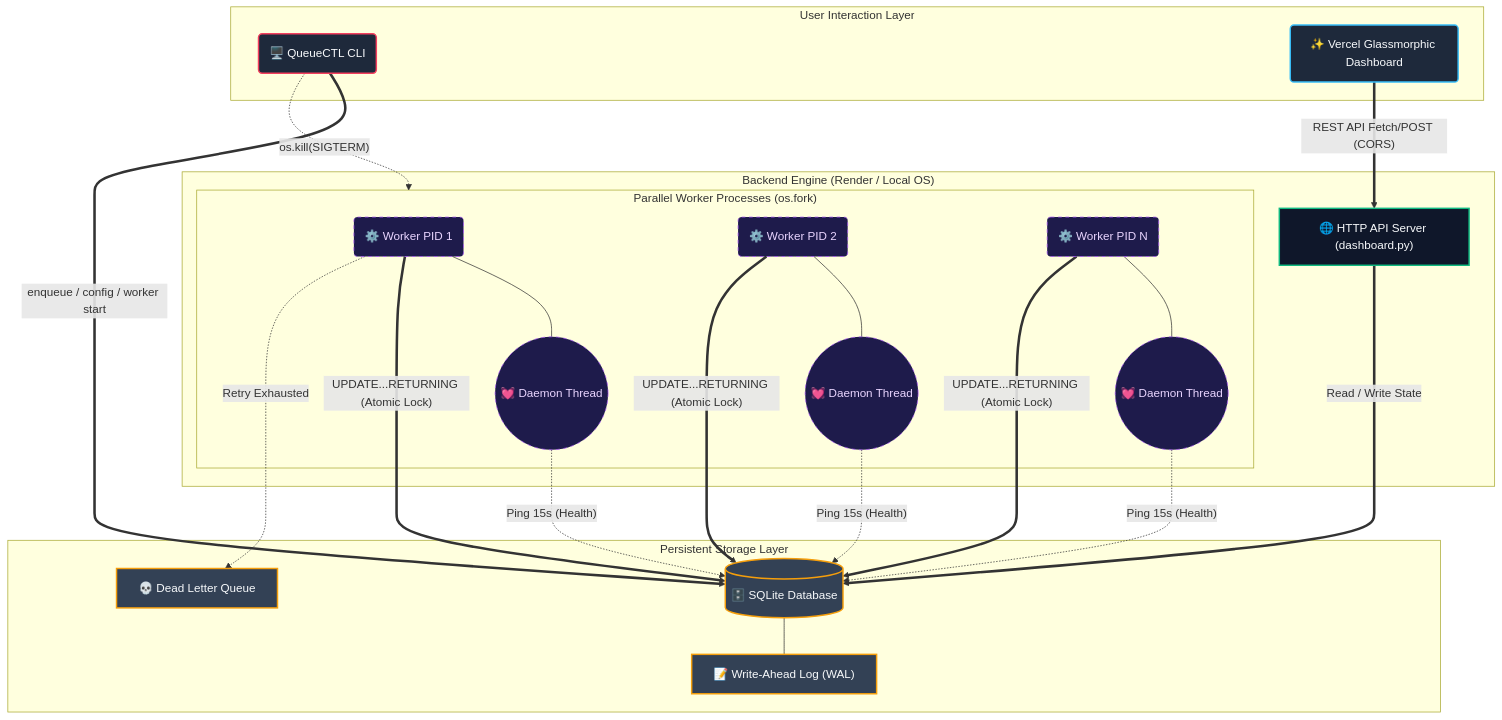
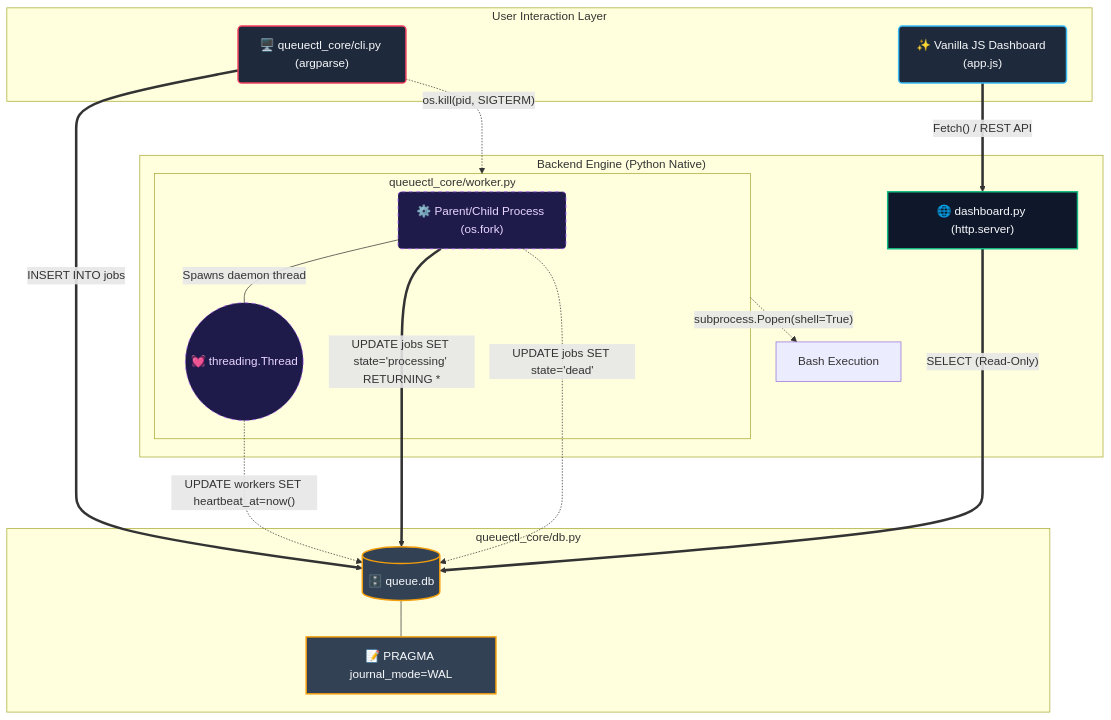
One commit to Harshkumar2306/QueueCTL changed the diagram in README.md. Above: the diagram before and after it, drawn with Mermaid.

Commit message:
docs: map mermaid diagram directly to python codebase and SQL

````diff
--- a/README.md
+++ b/README.md
@@ -79,57 +79,47 @@
 ```mermaid
 graph TD
     %% Custom Premium Styling
     classDef frontend fill:#1e293b,stroke:#38bdf8,stroke-width:2px,color:#f8fafc
     classDef backend fill:#0f172a,stroke:#10b981,stroke-width:2px,color:#f8fafc
     classDef storage fill:#334155,stroke:#f59e0b,stroke-width:2px,color:#f8fafc
     classDef process fill:#1e1b4b,stroke:#a855f7,stroke-width:1px,stroke-dasharray: 5 5,color:#e9d5ff
     classDef cli fill:#1e293b,stroke:#f43f5e,stroke-width:2px,color:#f8fafc
 
     subgraph UserSpace ["User Interaction Layer"]
-        CLI("🖥️ QueueCTL CLI"):::cli
-        UI("✨ Vercel Glassmorphic Dashboard"):::frontend
+        CLI("🖥️ queuectl_core/cli.py (argparse)"):::cli
+        UI("✨ Vanilla JS Dashboard (app.js)"):::frontend
     end
 
-    subgraph Backend ["Backend Engine (Render / Local OS)"]
-        API["🌐 HTTP API Server (dashboard.py)"]:::backend
+    subgraph Backend ["Backend Engine (Python Native)"]
+        API["🌐 dashboard.py (http.server)"]:::backend
         
-        subgraph Workers ["Parallel Worker Processes (os.fork)"]
-            W1("⚙️ Worker PID 1"):::process
-            W2("⚙️ Worker PID 2"):::process
-            WN("⚙️ Worker PID N"):::process
+        subgraph Workers ["queuectl_core/worker.py"]
+            W1("⚙️ Parent/Child Process (os.fork)"):::process
             
-            HB1(("💓 Daemon Thread")):::process
-            HB2(("💓 Daemon Thread")):::process
-            HBN(("💓 Daemon Thread")):::process
+            HB1(("💓 threading.Thread")):::process
             
-            W1 --- HB1
-            W2 --- HB2
-            WN --- HBN
+            W1 ---|"Spawns daemon thread"| HB1
         end
         
-        CLI -.->|"os.kill(SIGTERM)"| Workers
+        CLI -.->|"os.kill(pid, SIGTERM)"| Workers
+        Workers -.->|"subprocess.Popen(shell=True)"| Bash["Bash Execution"]
     end
 
-    subgraph Database ["Persistent Storage Layer"]
-        DB[("🗄️ SQLite Database")]:::storage
-        WAL["📝 Write-Ahead Log (WAL)"]:::storage
-        DLQ["💀 Dead Letter Queue"]:::storage
+    subgraph Database ["queuectl_core/db.py"]
+        DB[("🗄️ queue.db")]:::storage
+        WAL["📝 PRAGMA journal_mode=WAL"]:::storage
         
         DB --- WAL
     end
 
     %% Routing & Data Flow
-    UI ==>|"REST API Fetch/POST (CORS)"| API
-    CLI ==>|"enqueue / config / worker start"| DB
-    API ==>|"Read / Write State"| DB
+    UI ==>|"Fetch() / REST API"| API
+    CLI ==>|"INSERT INTO jobs"| DB
+    API ==>|"SELECT (Read-Only)"| DB
     
-    W1 ==>|"UPDATE...RETURNING (Atomic Lock)"| DB
-    W2 ==>|"UPDATE...RETURNING (Atomic Lock)"| DB
-    WN ==>|"UPDATE...RETURNING (Atomic Lock)"| DB
+    W1 ==>|"UPDATE jobs SET state='processing' RETURNING *"| DB
     
-    HB1 -.->|"Ping 15s (Health)"| DB
-    HB2 -.->|"Ping 15s (Health)"| DB
-    HBN -.->|"Ping 15s (Health)"| DB
+    HB1 -.->|"UPDATE workers SET heartbeat_at=now()"| DB
     
-    W1 -.->|"Retry Exhausted"| DLQ
+    W1 -.->|"UPDATE jobs SET state='dead'"| DB
 ```
````
